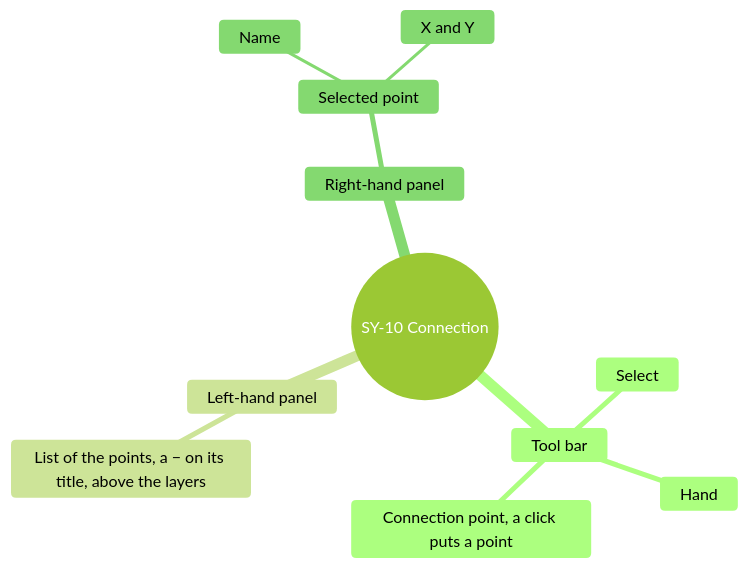
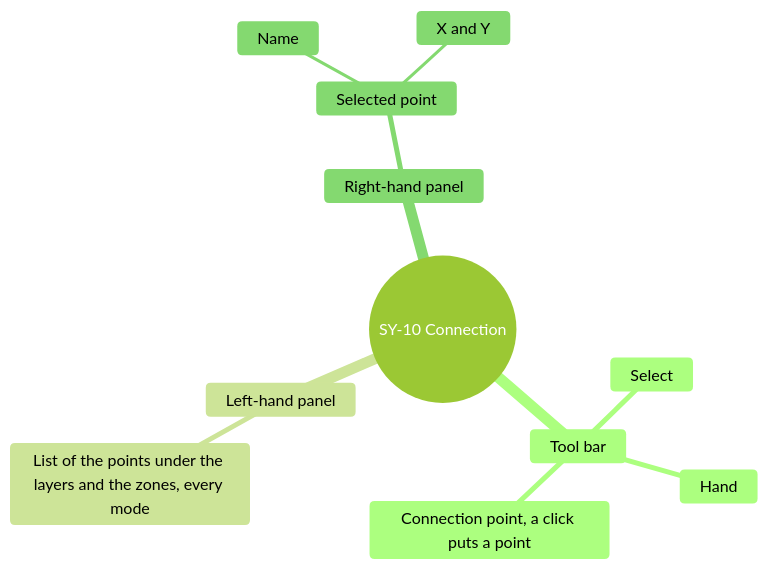
Diagram 12 of 16 in screens/symbols.md (AlexandreGallais/synoptic-studio-spec), drawn with Mermaid (forest theme) before and after one commit. The commit also changed other lines of this file and 6 other files, not shown here.

First line of the commit message:
docs(symbols): show every element in the left panel in every mode

````diff
--- a/screens/symbols.md
+++ b/screens/symbols.md
@@ -541,14 +542,14 @@
 ```mermaid
 mindmap
   root((SY-10 Connection))
     Tool bar
       Select
       Hand
       Connection point, a click puts a point
     Left-hand panel
-      List of the points, a − on its title, above the layers
+      List of the points under the layers and the zones, every mode
     Right-hand panel
       Selected point
         Name
         X and Y
 ```
````
